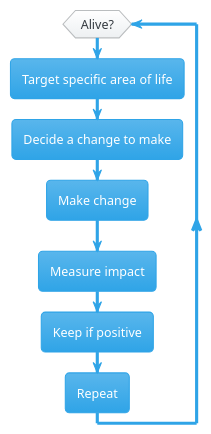
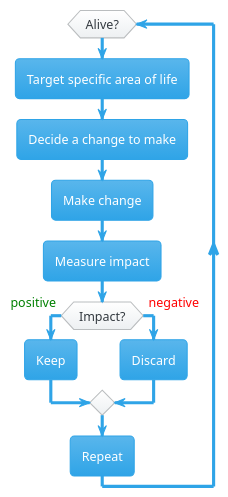
Before and after one commit to pubmania/a_diabetics_journal: the diagram in docs/about/index.md, drawn with PlantUML. The commit also changed other lines of this file and 9 other files, not shown here.

````diff
--- a/docs/about/index.md
+++ b/docs/about/index.md
@@ -9,15 +10,19 @@
     ```plantuml
     @startuml
     !theme cerulean
     while (Alive?)
         :Target specific area of life;
         :Decide a change to make;
         :Make change;
         :Measure impact;
-        :Keep if positive;
+        if (Impact?) is (<color:green>positive) then
+        :Keep;
+        else (<color:red>negative)
+        :Discard;
+        endif
         :Repeat;
     endwhile
     -[hidden]->
     detach
     @enduml
     ```
````
